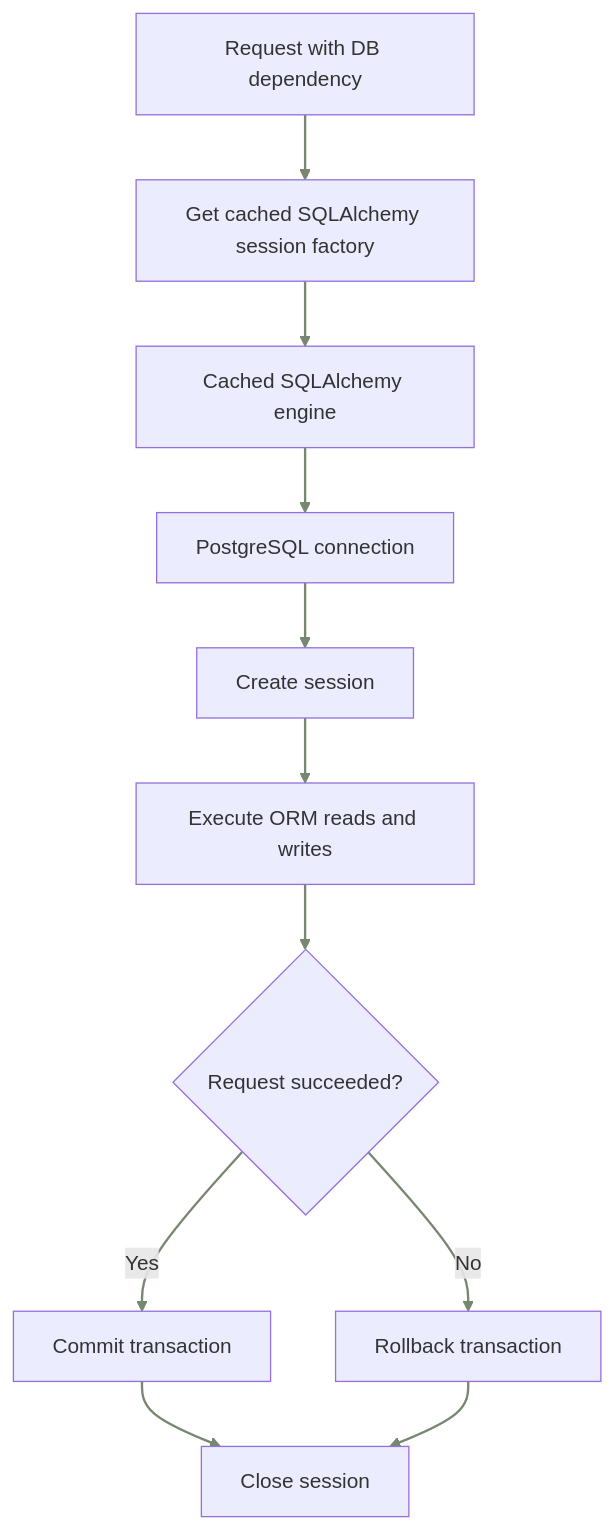
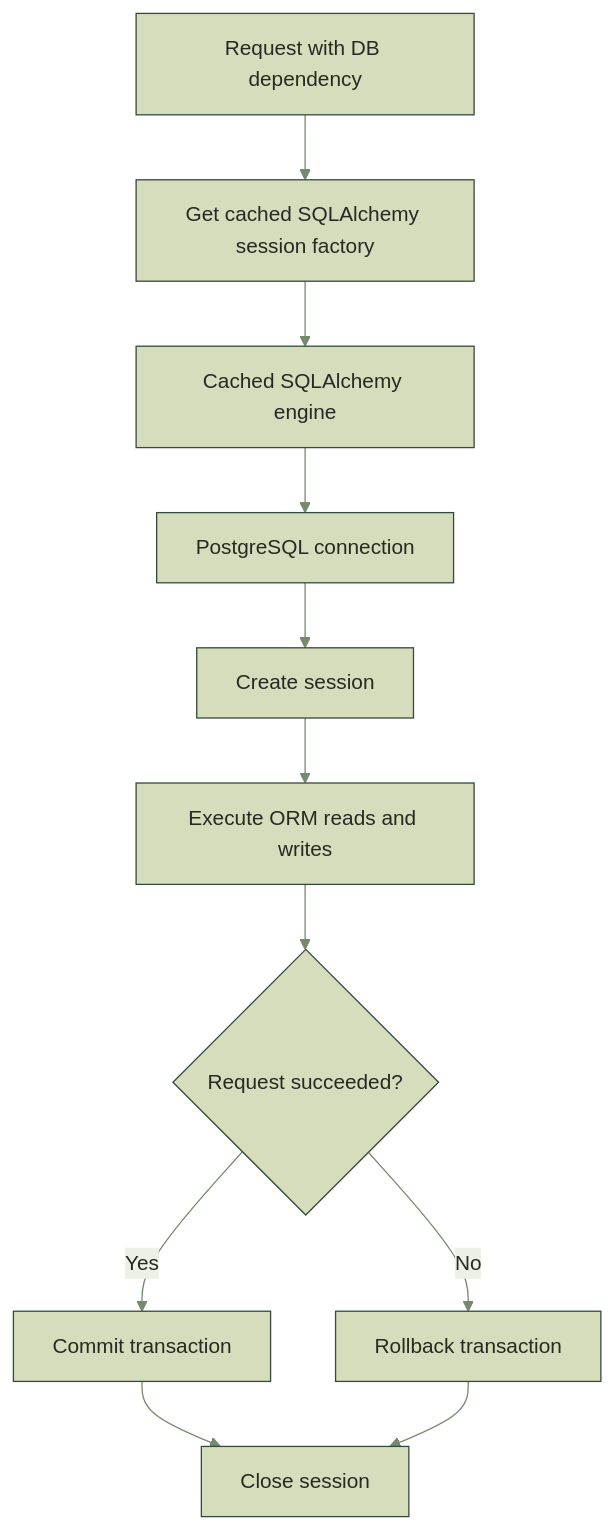
Before and after one commit to SwekcchaCornicle/apnasathi-ai: diagram 11 of 15 in README.md, drawn with Mermaid. The commit also changed other lines of this file and 2 other files, not shown here.

````diff
--- a/README.md
+++ b/README.md
@@ -1216,22 +1115,14 @@
 ```mermaid
+  %%{init: {"theme":"base","themeVariables":{"primaryColor":"#D5DDBD","primaryTextColor":"#252A23","primaryBorderColor":"#354A3B","lineColor":"#76886F","secondaryColor":"#EDF0E6","tertiaryColor":"#F2E4D2","background":"#FBFAF7","fontFamily":"Inter, Arial"}}}%%
 flowchart TD
-  classDef forest fill:#354a3b,stroke:#354a3b,color:#fbfaf7,stroke-width:2px;
-  classDef green fill:#405a46,stroke:#354a3b,color:#fbfaf7,stroke-width:1.8px;
-  classDef sage fill:#d5ddbd,stroke:#76886f,color:#252a23,stroke-width:1.5px;
-  classDef pale fill:#edf0e6,stroke:#647a63,color:#252a23,stroke-width:1.5px;
-  classDef sand fill:#f2e4d2,stroke:#d5a874,color:#252a23,stroke-width:1.5px;
-  classDef paper fill:#fbfaf7,stroke:#9a9a8f,color:#252a23,stroke-width:1.3px;
-  classDef external fill:#f2f1ed,stroke:#b5b4a9,color:#252a23,stroke-width:1.3px;
-  linkStyle default stroke:#76886f,stroke-width:1.8px;
-  class REQ pale;
     REQ[Request with DB dependency] --> FACTORY[Get cached SQLAlchemy session factory]
     FACTORY --> ENGINE[Cached SQLAlchemy engine]
     ENGINE --> CONNECT[PostgreSQL connection]
     CONNECT --> SESSION[Create session]
     SESSION --> QUERY[Execute ORM reads and writes]
     QUERY --> SUCCESS{Request succeeded?}
     SUCCESS -->|Yes| COMMIT[Commit transaction]
     SUCCESS -->|No| ROLLBACK[Rollback transaction]
     COMMIT --> CLOSE[Close session]
     ROLLBACK --> CLOSE
 ```
````
